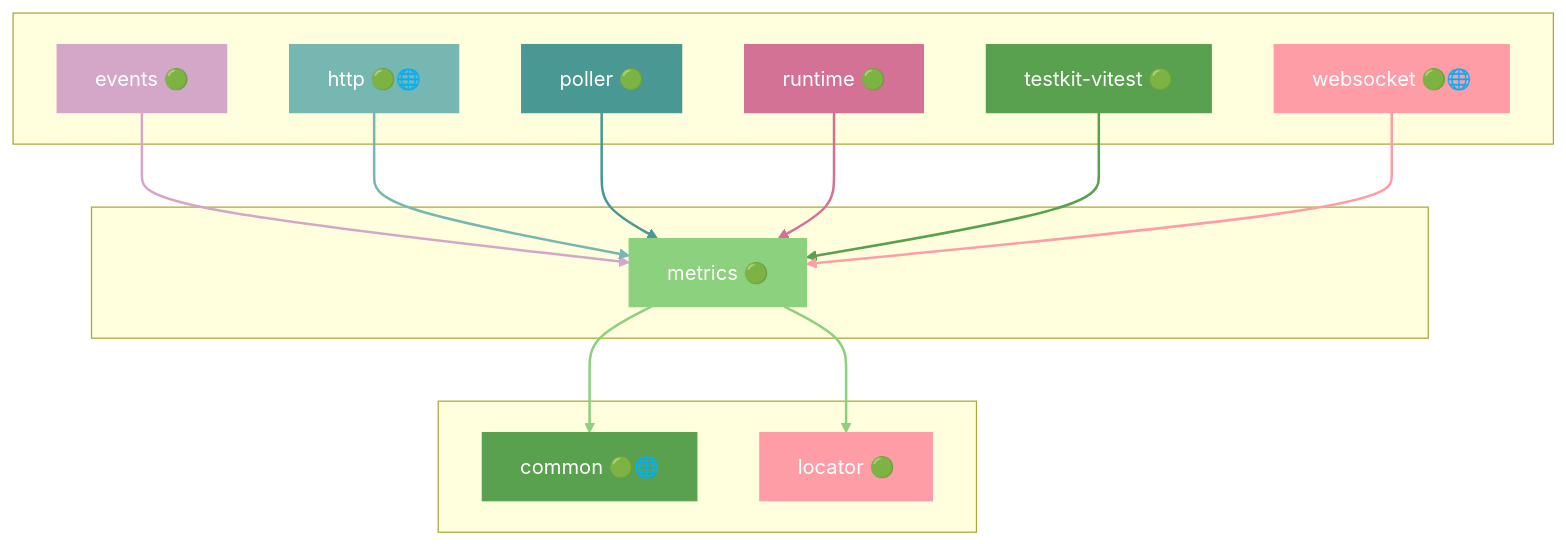
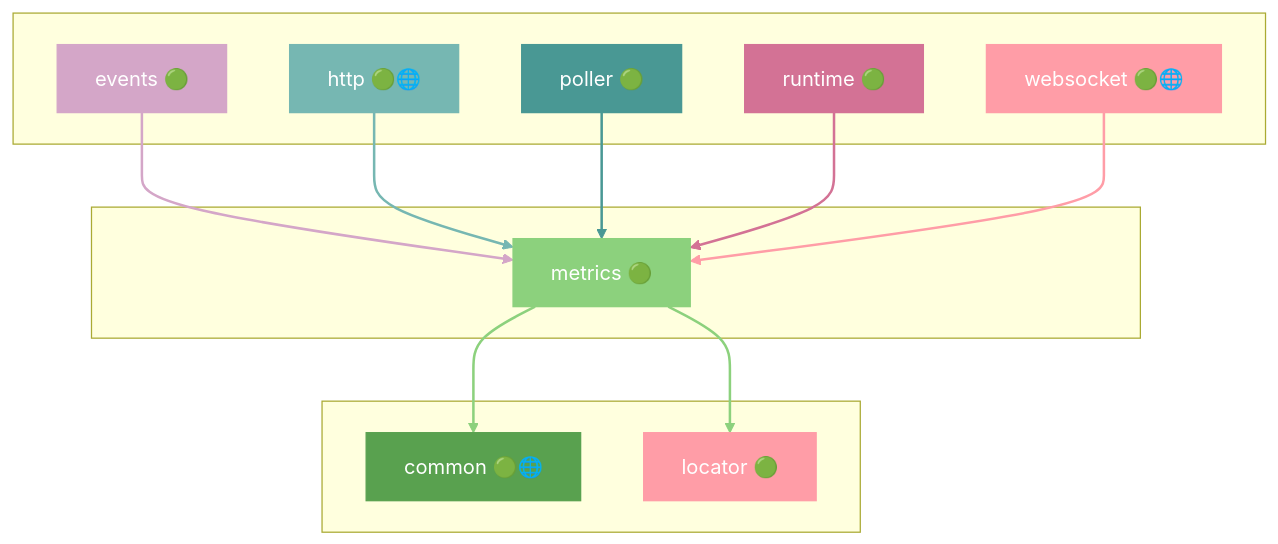
Diagram 31 of 45 in docs/DEPENDENCIES.md (grest-ts/grest-ts), drawn with Mermaid before and after one commit. The commit also changed other lines of this file and 46 other files, not shown here.

````diff
--- a/docs/DEPENDENCIES.md
+++ b/docs/DEPENDENCIES.md
@@ -1557,43 +1515,39 @@
 ```mermaid
 flowchart TB
     subgraph Dependents[" "]
         events["events 🟢"]
         http["http 🟢🌐"]
         poller["poller 🟢"]
         runtime["runtime 🟢"]
-        testkit-vitest["testkit-vitest 🟢"]
         websocket["websocket 🟢🌐"]
     end
     subgraph Package[" "]
         metrics["metrics 🟢"]
     end
     subgraph Dependencies[" "]
         common["common 🟢🌐"]
         locator["locator 🟢"]
     end
     events --> metrics
     http --> metrics
     poller --> metrics
     runtime --> metrics
-    testkit-vitest --> metrics
     websocket --> metrics
     metrics --> common
     metrics --> locator
     style metrics fill:#8CD17D,stroke:#8CD17D,color:#fff
     style events fill:#D4A6C8,stroke:#D4A6C8,color:#fff
     style http fill:#76B7B2,stroke:#76B7B2,color:#fff
     style poller fill:#499894,stroke:#499894,color:#fff
     style runtime fill:#D37295,stroke:#D37295,color:#fff
-    style testkit-vitest fill:#59A14F,stroke:#59A14F,color:#fff
     style websocket fill:#FF9DA7,stroke:#FF9DA7,color:#fff
     style common fill:#59A14F,stroke:#59A14F,color:#fff
     style locator fill:#FF9DA7,stroke:#FF9DA7,color:#fff
     linkStyle 0 stroke:#D4A6C8,stroke-width:2px
     linkStyle 1 stroke:#76B7B2,stroke-width:2px
     linkStyle 2 stroke:#499894,stroke-width:2px
     linkStyle 3 stroke:#D37295,stroke-width:2px
-    linkStyle 4 stroke:#59A14F,stroke-width:2px
-    linkStyle 5 stroke:#FF9DA7,stroke-width:2px
+    linkStyle 4 stroke:#FF9DA7,stroke-width:2px
+    linkStyle 5 stroke:#8CD17D,stroke-width:2px
     linkStyle 6 stroke:#8CD17D,stroke-width:2px
-    linkStyle 7 stroke:#8CD17D,stroke-width:2px
 ```
````
